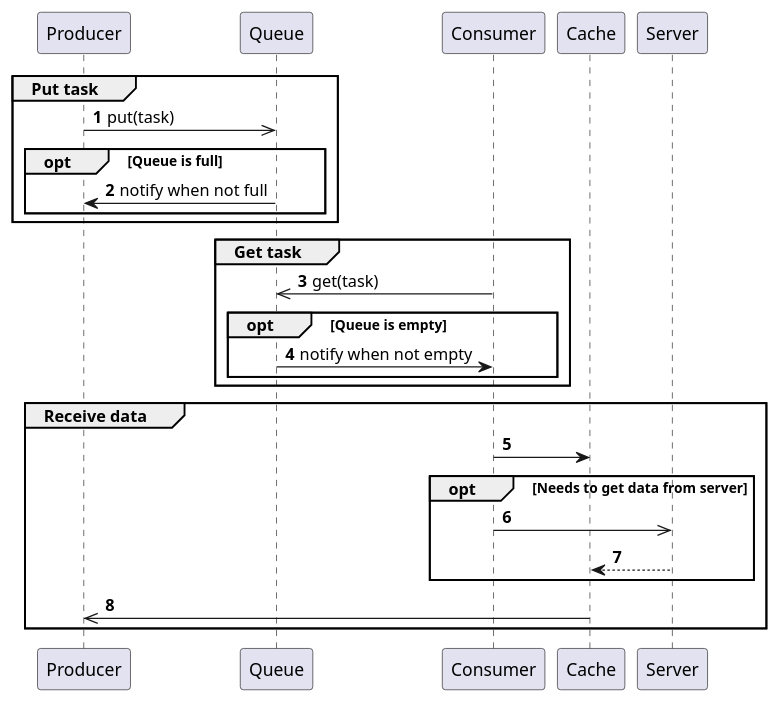
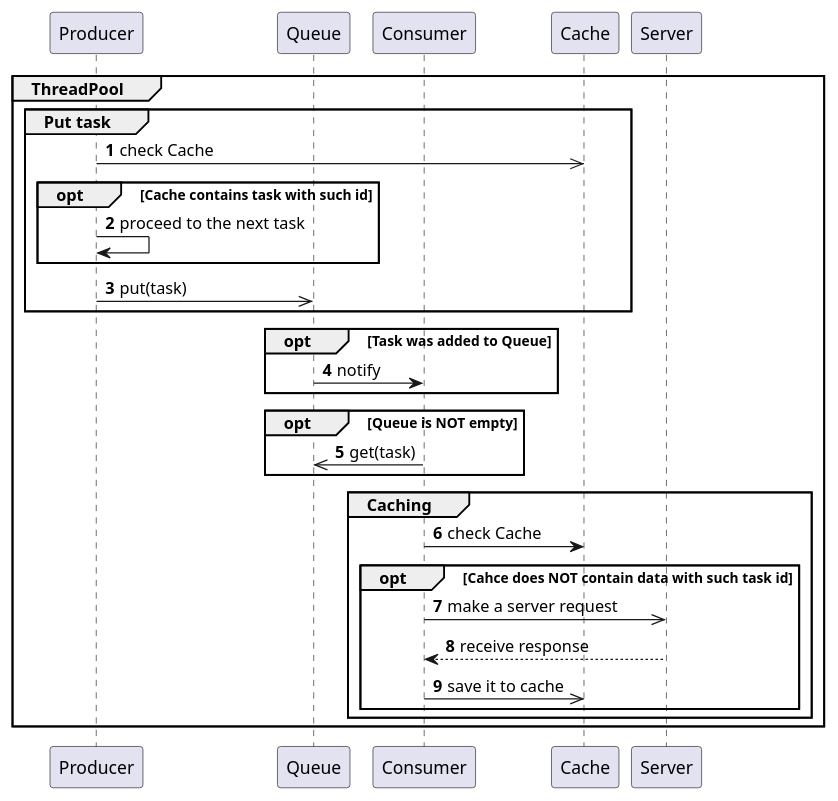
Before and after one commit to Slava1511/CPPropblem: the diagram in docs/diagrams/src/uml_seq_diagram_process.puml, drawn with PlantUML. The commit also changed 1 other file, not shown here.

Commit message:
fix uml sequence diagram

```diff
--- a/docs/diagrams/src/uml_seq_diagram_process.puml
+++ b/docs/diagrams/src/uml_seq_diagram_process.puml
@@ -1,34 +1,37 @@
 @startuml uml_seq_diagram_process
 autonumber
 
 participant Producer
 participant Queue
 participant Consumer
 participant Cache
 participant Server
 
+Group ThreadPool
 Group Put task
+    Producer ->> Cache: check Cache
+    Opt Cache contains task with such id
+        Producer -> Producer : proceed to the next task
+    end
     Producer ->> Queue : put(task)
-    Opt Queue is full
-        Queue -> Producer : notify when not full
-    end
 end
 
-Group Get task
-    Consumer ->> Queue : get(task)
-    Opt Queue is empty
-        Queue -> Consumer : notify when not empty
-    end
+Opt Task was added to Queue
+        Queue -> Consumer : notify
 end
 
-Group Receive data
-    Consumer -> Cache
+Opt Queue is NOT empty
+        Consumer ->> Queue : get(task)
+end
 
-    Opt Needs to get data from server
-        Consumer ->> Server
-        Server --> Cache
-    end
+Group Caching
+Consumer -> Cache : check Cache
+opt Cahce does NOT contain data with such task id
+  Consumer ->> Server : make a server request
+  Server --> Consumer : receive response
+  Consumer ->> Cache : save it to cache
+end
 
-    Cache ->> Producer
+end
 end
 @enduml
```
